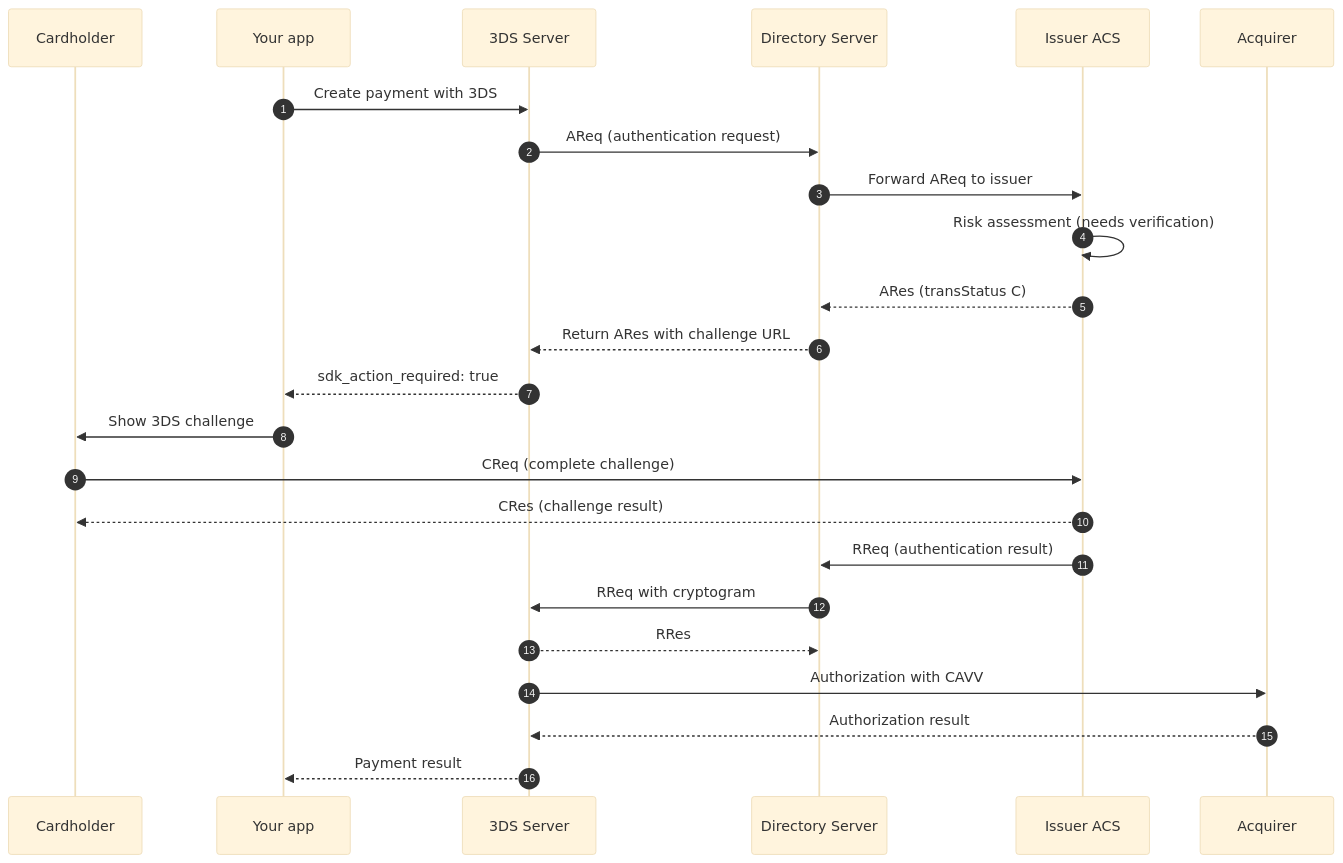
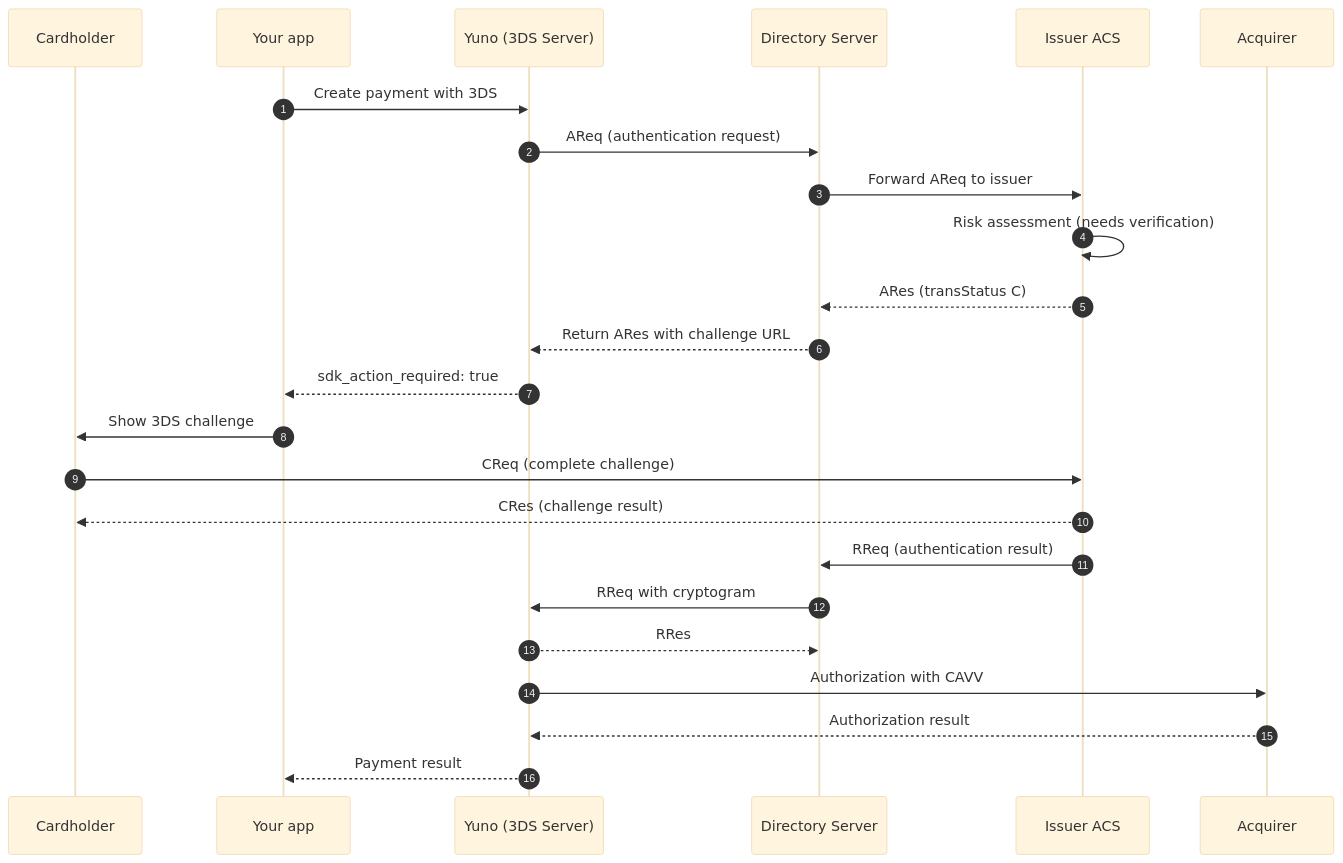
Before and after one commit to yuno-payments/yuno-docs: the second of 2 diagrams in docs/security-and-compliance/3d-secure.mdx, drawn with Mermaid (base theme). The commit also changed other lines of this file, not shown here.

First line of the commit message:
docs(3ds): rename participant to Yuno, add OTP ECI note

````diff
--- a/docs/security-and-compliance/3d-secure.mdx
+++ b/docs/security-and-compliance/3d-secure.mdx
@@ -110,26 +110,26 @@
 ```mermaid
 sequenceDiagram
   autonumber
   participant Buyer as Cardholder
   participant Merchant as Your app
-  participant Server as 3DS Server
+  participant Server as Yuno (3DS Server)
   participant DS as Directory Server
   participant ACS as Issuer ACS
   participant Acquirer as Acquirer
   Merchant->>Server: Create payment with 3DS
   Server->>DS: AReq (authentication request)
   DS->>ACS: Forward AReq to issuer
   ACS->>ACS: Risk assessment (needs verification)
   ACS-->>DS: ARes (transStatus C)
   DS-->>Server: Return ARes with challenge URL
   Server-->>Merchant: sdk_action_required: true
   Merchant->>Buyer: Show 3DS challenge
   Buyer->>ACS: CReq (complete challenge)
   ACS-->>Buyer: CRes (challenge result)
   ACS->>DS: RReq (authentication result)
   DS->>Server: RReq with cryptogram
   Server-->>DS: RRes
   Server->>Acquirer: Authorization with CAVV
   Acquirer-->>Server: Authorization result
   Server-->>Merchant: Payment result
 ```
````
